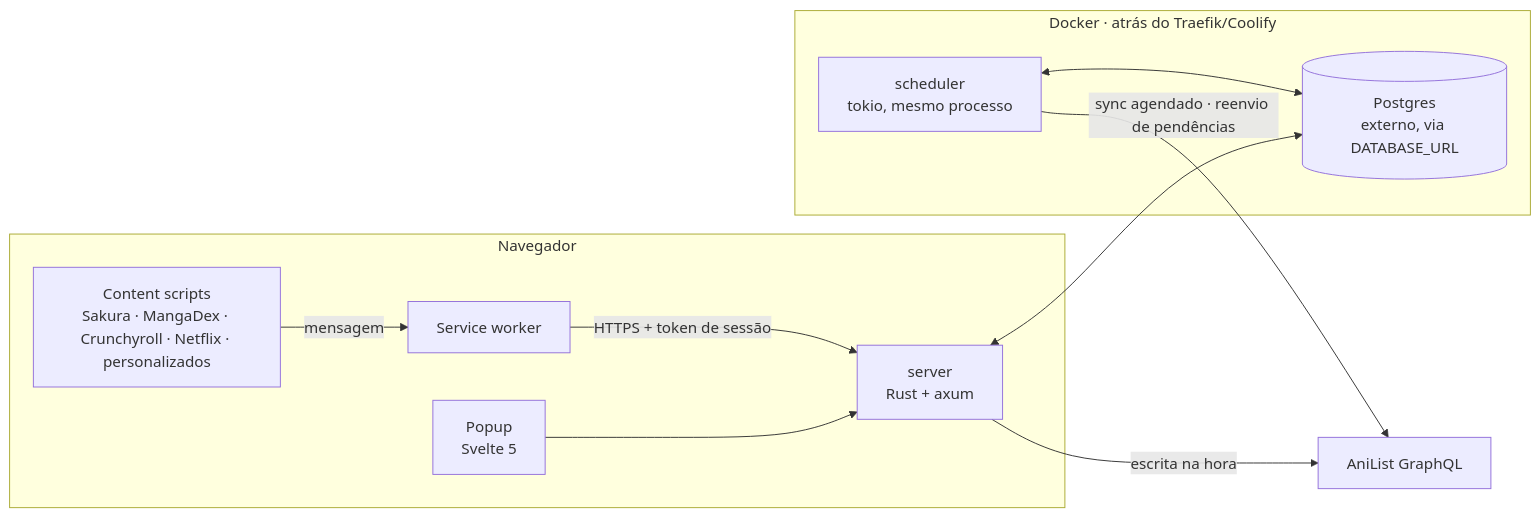
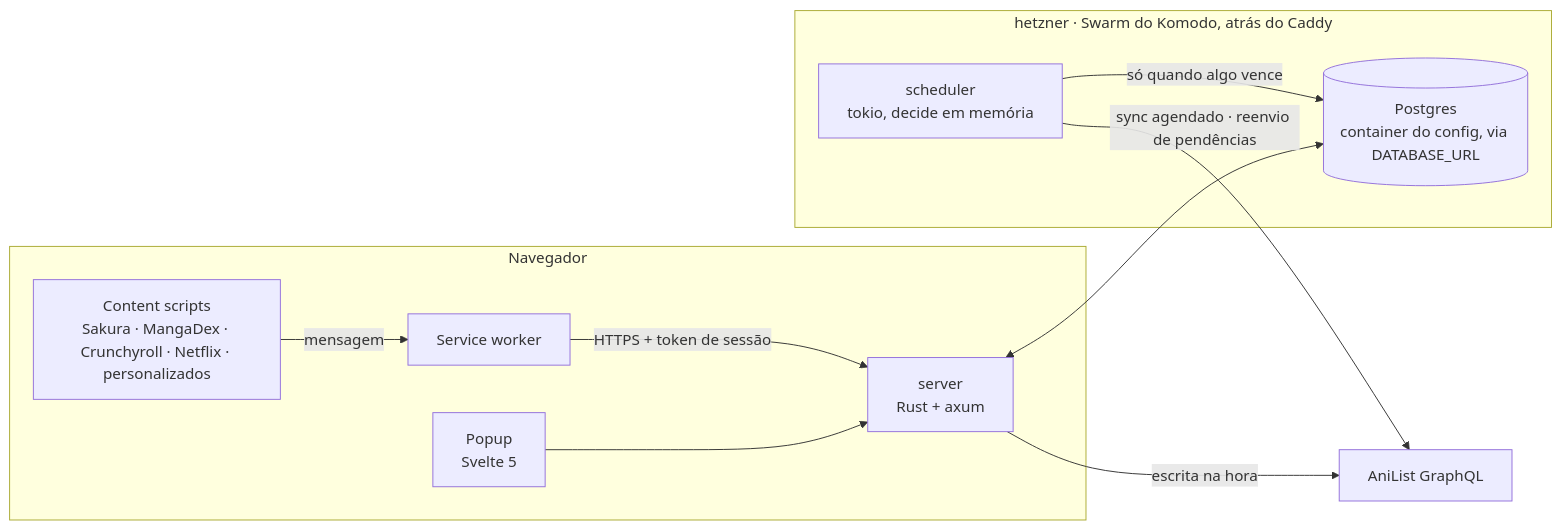
The diagram in docs/ARQUITETURA.md (acerola-labs/acerola-sync), drawn with Mermaid before and after one commit. The commit also changed other lines of this file, not shown here.

Commit message:
[docs](docs): Postgres no hetzner e scheduler em memória na arquitetura

````diff
--- a/docs/ARQUITETURA.md
+++ b/docs/ARQUITETURA.md
@@ -17,14 +17,14 @@
 ```mermaid
 flowchart LR
   subgraph Browser [Navegador]
     CS[Content scripts<br/>Sakura · MangaDex · Crunchyroll · Netflix · personalizados] -->|mensagem| SW[Service worker]
     UI[Popup<br/>Svelte 5] --> API
     SW -->|HTTPS + token de sessão| API
   end
-  subgraph Servidor [Docker · atrás do Traefik/Coolify]
-    API[server<br/>Rust + axum] <--> PG[(Postgres<br/>externo, via DATABASE_URL)]
-    SCH[scheduler<br/>tokio, mesmo processo] <--> PG
+  subgraph Servidor [hetzner · Swarm do Komodo, atrás do Caddy]
+    API[server<br/>Rust + axum] <--> PG[(Postgres<br/>container do config, via DATABASE_URL)]
+    SCH[scheduler<br/>tokio, decide em memória] -->|só quando algo vence| PG
   end
   API -->|escrita na hora| AL[AniList GraphQL]
   SCH -->|sync agendado · reenvio de pendências| AL
 ```
````
